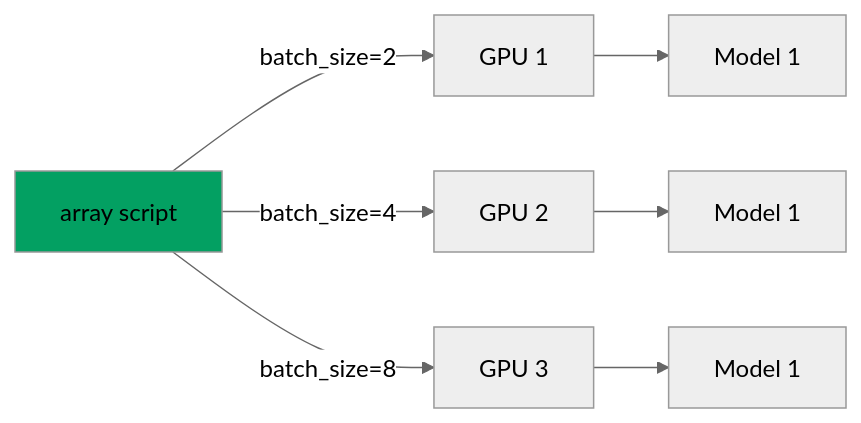
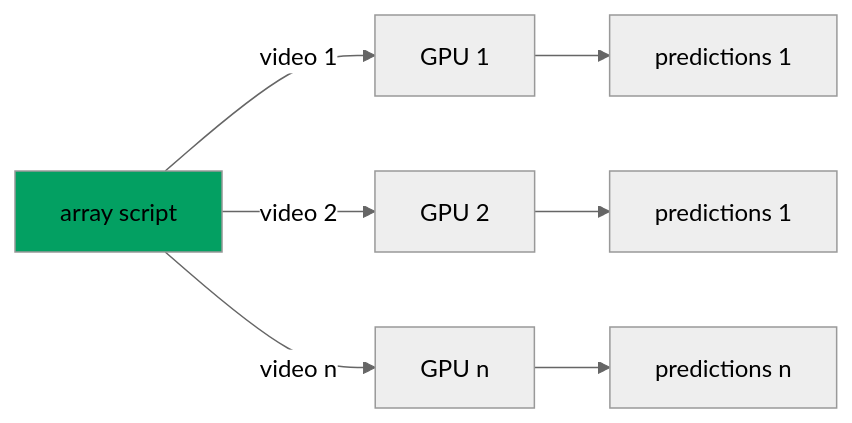
Before and after one commit to neuroinformatics-unit/course-behaviour-hpc: the diagram in img/diagrams/array-jobs.mmd, drawn with Mermaid. The commit also changed 9 other files, not shown here.

```diff
--- a/img/diagrams/array-jobs.mmd
+++ b/img/diagrams/array-jobs.mmd
@@ -1,10 +1,10 @@
 %%{init: {"theme": "neutral", "fontFamily": "arial", "curve": "linear"} }%%
 
 flowchart LR
     classDef emphasis fill:#03A062;
 
-    script["array script"] -->|"batch_size=2"| GPU1["GPU 1"] --> model1["Model 1"]
-    script -->|"batch_size=4"| GPU2GPU1["GPU 2"] --> model2["Model 1"]
-    script -->|"batch_size=8"| GPU3GPU1["GPU 3"] --> model3["Model 1"]
+    script["array script"] -->|"video 1"| GPU1["GPU 1"] --> model1["predictions 1"]
+    script -->|"video 2"| GPU2GPU1["GPU 2"] --> model2["predictions 1"]
+    script -->|"video n"| GPU3GPU1["GPU n"] --> model3["predictions n"]
 
     class script emphasis
```
